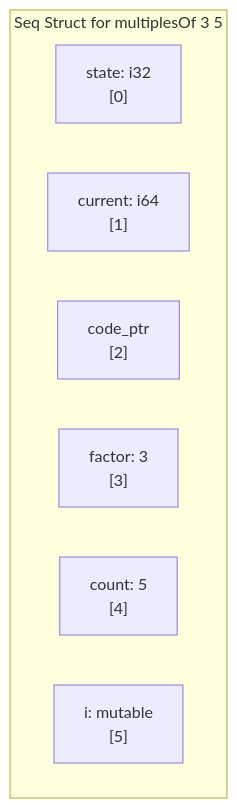
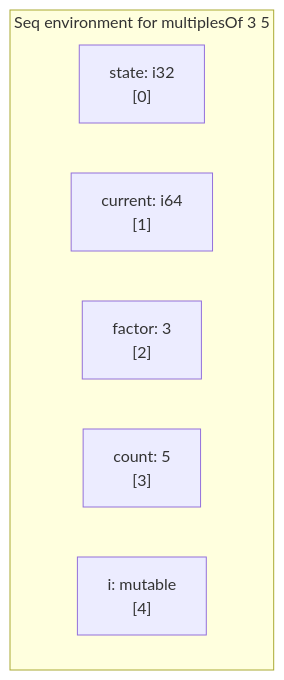
One commit to FidelityFramework/clef-lang-site changed the second of 4 diagrams in hugo/content/docs/internals/concepts/seqing-simplicity.md. Above: the diagram before and after it, drawn with Mermaid. The commit also changed other lines of this file and 25 other files, not shown here.

````diff
--- a/hugo/content/docs/internals/concepts/seqing-simplicity.md
+++ b/hugo/content/docs/internals/concepts/seqing-simplicity.md
@@ -122,11 +124,10 @@
 ```mermaid
 flowchart TD
-    subgraph SeqStruct["Seq Struct for multiplesOf 3 5"]
+    subgraph SeqStruct["Seq environment for multiplesOf 3 5"]
         STATE["state: i32<br/>[0]"]
         CURRENT["current: i64<br/>[1]"]
-        CODE["code_ptr<br/>[2]"]
-        CAP1["factor: 3<br/>[3]"]
-        CAP2["count: 5<br/>[4]"]
-        INTERNAL["i: mutable<br/>[5]"]
+        CAP1["factor: 3<br/>[2]"]
+        CAP2["count: 5<br/>[3]"]
+        INTERNAL["i: mutable<br/>[4]"]
     end
 ```
````
